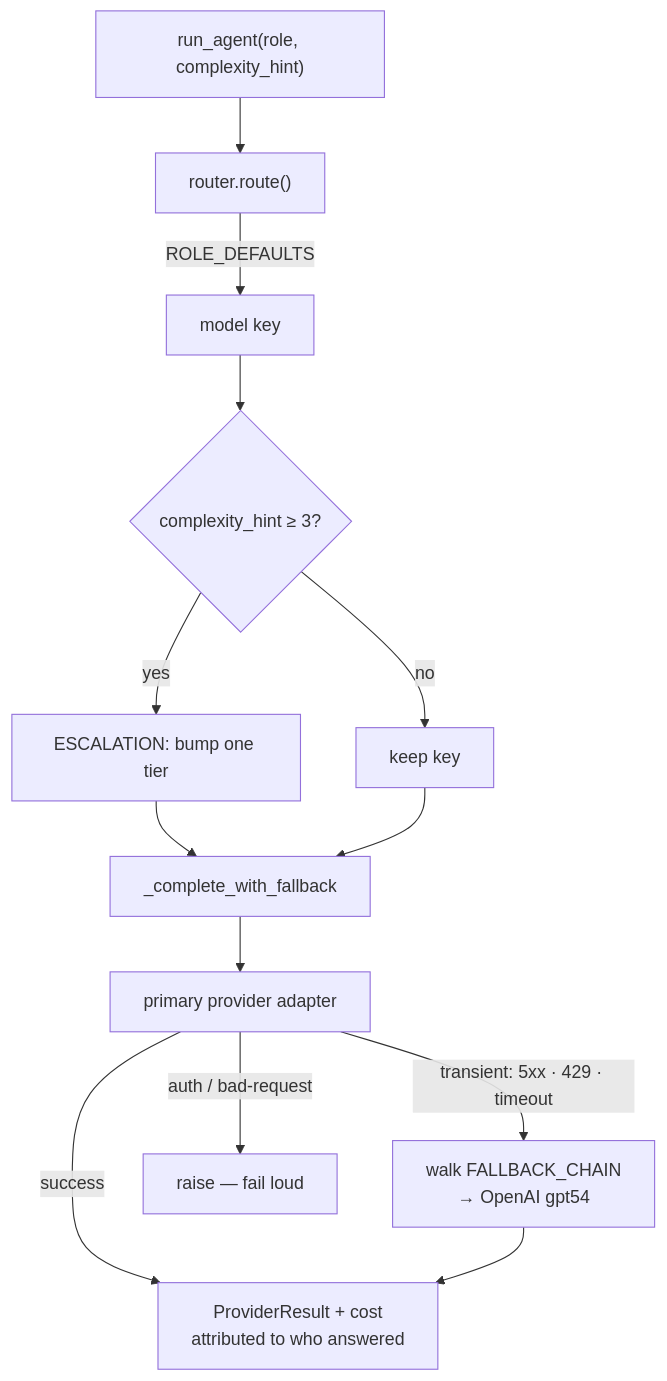
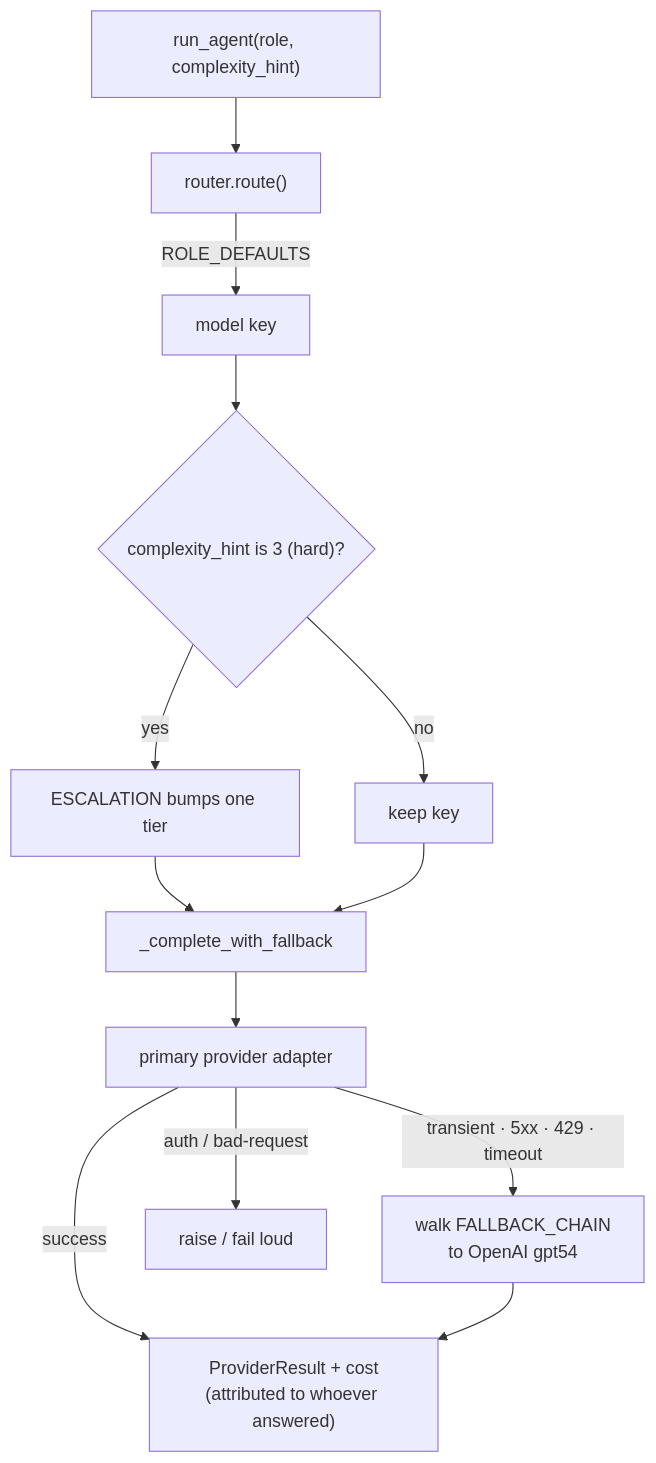
One commit to cintelis/twai-swarm changed the sixth of 9 diagrams in README.md. Above: the diagram before and after it, drawn with Mermaid. The commit also changed other lines of this file, not shown here.

Commit message:
docs: fix Mermaid diagrams that failed to render on GitHub

````diff
--- a/README.md
+++ b/README.md
@@ -252,15 +252,15 @@
 ```mermaid
 flowchart TD
     REQ["run_agent(role, complexity_hint)"] --> ROUTE["router.route()"]
     ROUTE -->|ROLE_DEFAULTS| KEY["model key"]
-    KEY --> ESC{"complexity_hint ≥ 3?"}
-    ESC -->|yes| BUMP["ESCALATION: bump one tier"]
+    KEY --> ESC{"complexity_hint is 3 (hard)?"}
+    ESC -->|yes| BUMP["ESCALATION bumps one tier"]
     ESC -->|no| KEEP["keep key"]
     BUMP --> CALL["_complete_with_fallback"]
     KEEP --> CALL
     CALL --> PRIMARY["primary provider adapter"]
-    PRIMARY -->|success| DONE["ProviderResult + cost<br/>attributed to who answered"]
-    PRIMARY -->|transient: 5xx · 429 · timeout| WALK["walk FALLBACK_CHAIN<br/>→ OpenAI gpt54"]
-    PRIMARY -->|auth / bad-request| RAISE["raise — fail loud"]
+    PRIMARY -->|success| DONE["ProviderResult + cost<br/>(attributed to whoever answered)"]
+    PRIMARY -->|transient · 5xx · 429 · timeout| WALK["walk FALLBACK_CHAIN<br/>to OpenAI gpt54"]
+    PRIMARY -->|auth / bad-request| RAISE["raise / fail loud"]
     WALK --> DONE
 ```
````
